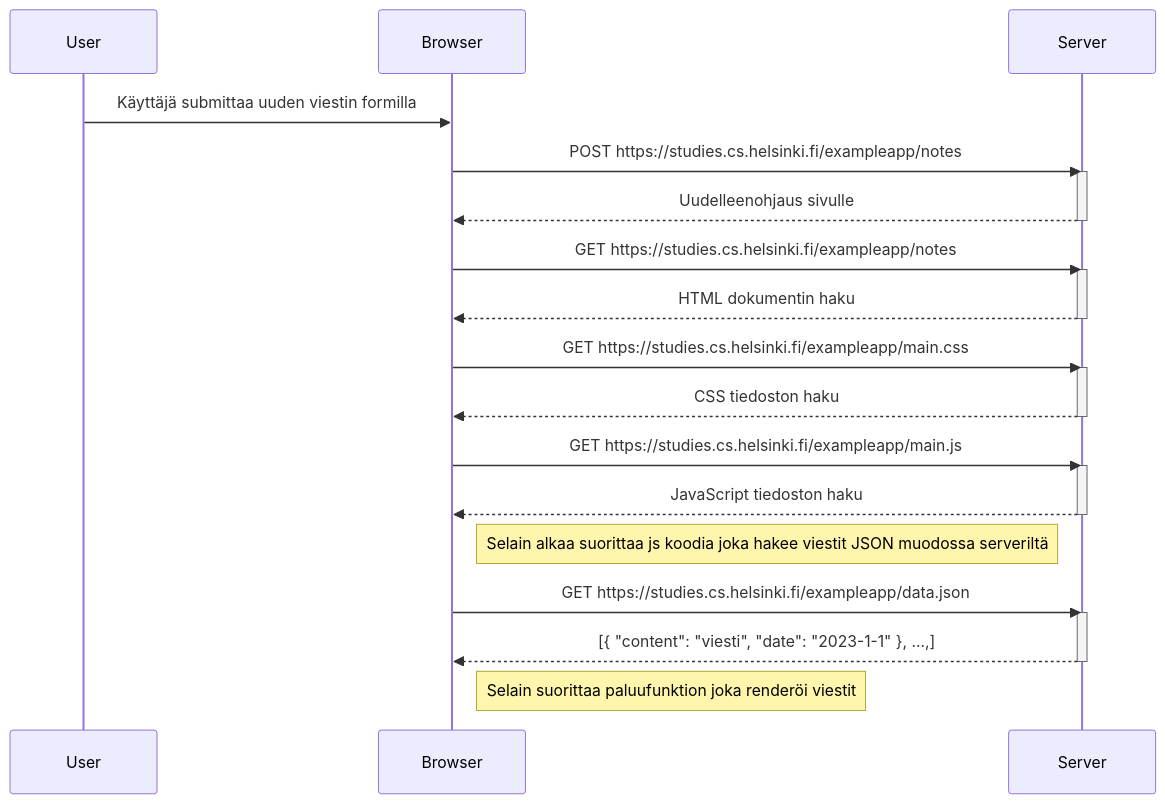
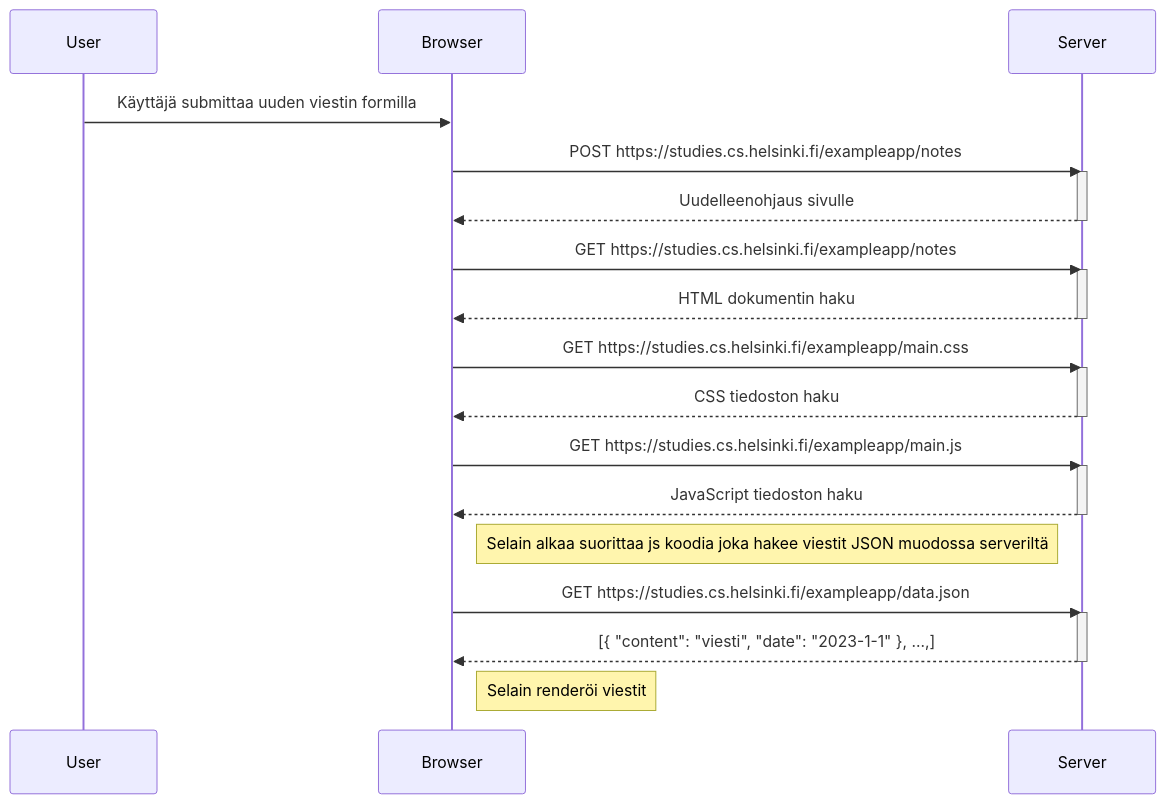
The diagram in osa0/osa0_4.md (JoonasKemppainen/full-stack-open), drawn with Mermaid before and after one commit. The commit also changed 2 other files, not shown here.

Commit message:
osa0 valmiit

````diff
--- a/osa0/osa0_4.md
+++ b/osa0/osa0_4.md
@@ -1,29 +1,29 @@
 ```mermaid
 sequenceDiagram
 User ->> Browser: Käyttäjä submittaa uuden viestin formilla
 Browser ->> Server: POST https://studies.cs.helsinki.fi/exampleapp/notes
     activate Server
 Server -->> Browser: Uudelleenohjaus sivulle
     deactivate Server
 Browser ->> Server: GET https://studies.cs.helsinki.fi/exampleapp/notes
     activate Server
 Server -->> Browser: HTML dokumentin haku
     deactivate Server
 Browser ->> Server: GET https://studies.cs.helsinki.fi/exampleapp/main.css
     activate Server
 Server -->> Browser: CSS tiedoston haku
     deactivate Server
 Browser ->> Server: GET https://studies.cs.helsinki.fi/exampleapp/main.js
     activate Server
 Server -->> Browser: JavaScript tiedoston haku
     deactivate Server
 
 Note right of Browser: Selain alkaa suorittaa js koodia joka hakee viestit JSON muodossa serveriltä
 
 Browser ->> Server: GET https://studies.cs.helsinki.fi/exampleapp/data.json
     activate Server
 Server -->> Browser: [{ "content": "viesti", "date": "2023-1-1" }, ...,]
     deactivate Server
-    
-Note right of Browser: Selain suorittaa paluufunktion joka renderöi viestit
+
+Note right of Browser: Selain renderöi viestit
 ```
````
